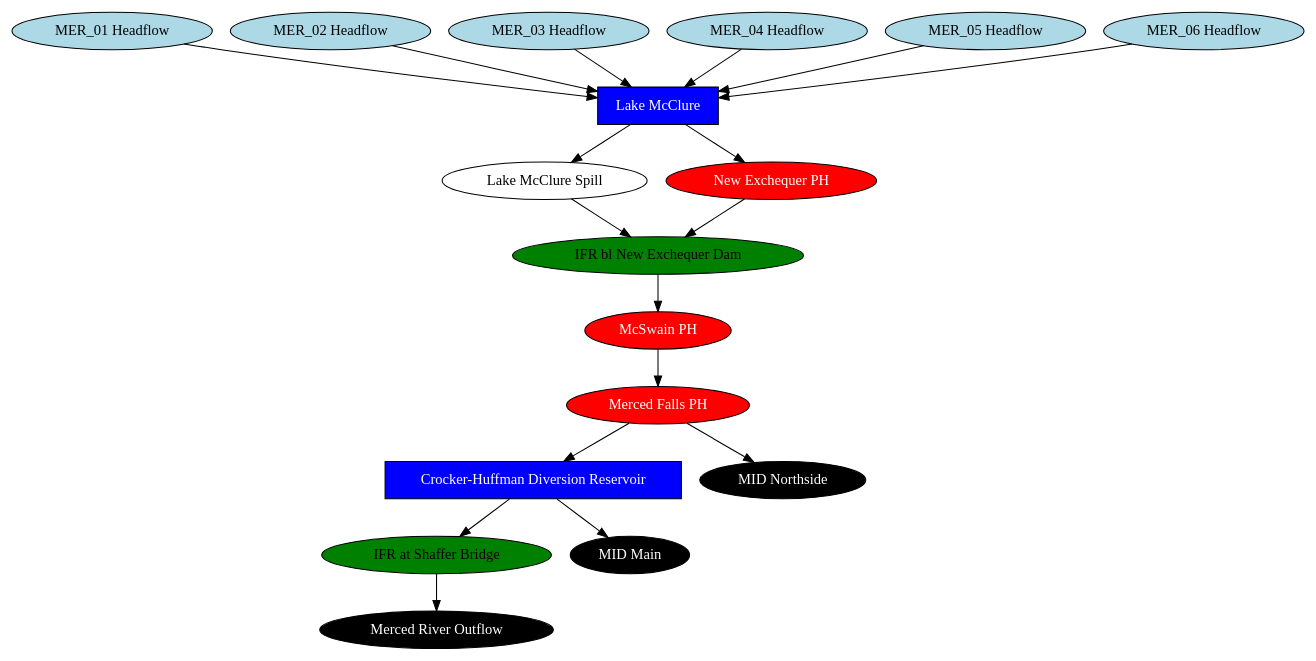
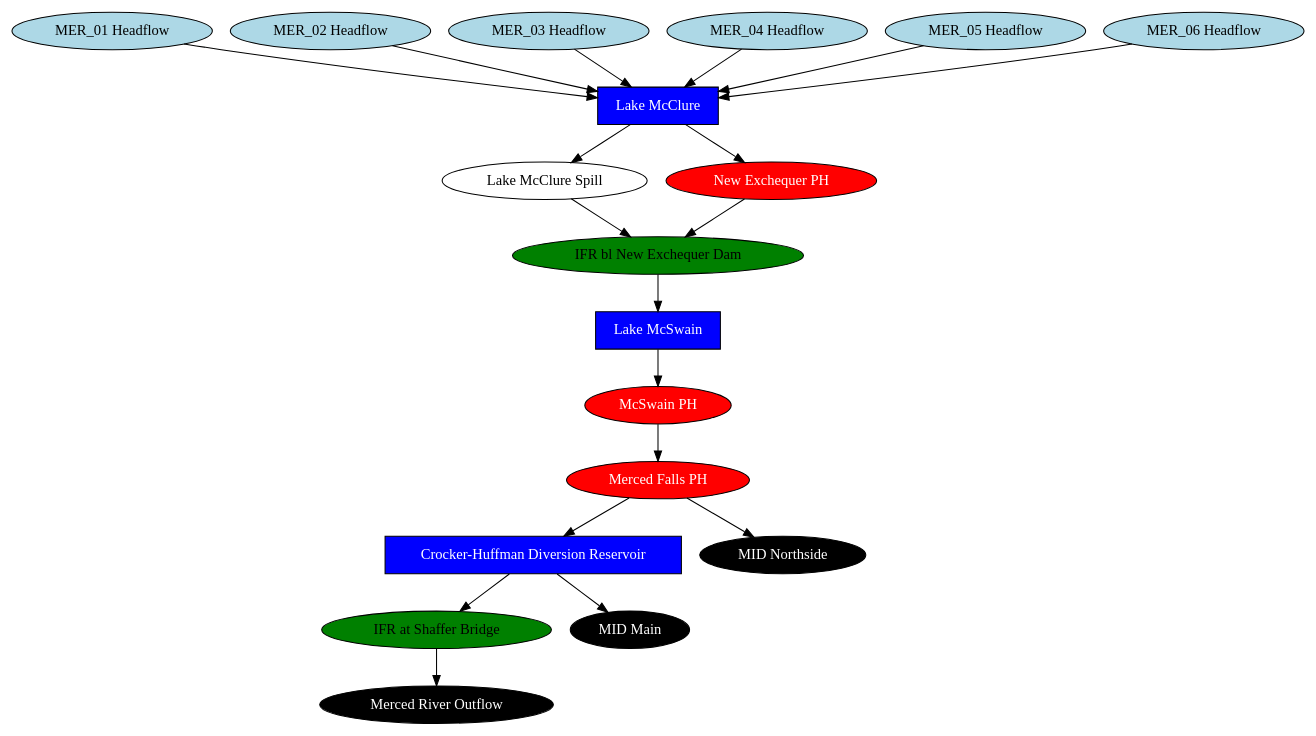
One commit to vicelab/cen-sierra-pywr changed the diagram in schematics/merced_schematic_simplified.gv. Above: the diagram before and after it, drawn with Graphviz. The commit also changed 7 other files, not shown here.

Commit message:
update schematics

```diff
--- a/schematics/merced_schematic_simplified.gv
+++ b/schematics/merced_schematic_simplified.gv
@@ -1,37 +1,39 @@
 // merced
 digraph merced {
 	"IFR bl New Exchequer Dam" [fillcolor=green fontcolor=black shape=oval style=filled]
 	"Crocker-Huffman Diversion Reservoir" [fillcolor=blue fontcolor=white shape=rect style=filled]
 	"Lake McClure" [fillcolor=blue fontcolor=white shape=rect style=filled]
 	"Lake McClure Spill" [fillcolor=white fontcolor=black shape=oval style=filled]
+	"Lake McSwain" [fillcolor=blue fontcolor=white shape=rect style=filled]
 	"McSwain PH" [fillcolor=red fontcolor=white shape=oval style=filled]
 	"Merced Falls PH" [fillcolor=red fontcolor=white shape=oval style=filled]
 	"IFR at Shaffer Bridge" [fillcolor=green fontcolor=black shape=oval style=filled]
 	"Merced River Outflow" [fillcolor=black fontcolor=white shape=oval style=filled]
 	"MER_01 Headflow" [fillcolor=lightblue fontcolor=black shape=oval style=filled]
 	"MER_02 Headflow" [fillcolor=lightblue fontcolor=black shape=oval style=filled]
 	"MER_03 Headflow" [fillcolor=lightblue fontcolor=black shape=oval style=filled]
 	"MER_04 Headflow" [fillcolor=lightblue fontcolor=black shape=oval style=filled]
 	"MER_05 Headflow" [fillcolor=lightblue fontcolor=black shape=oval style=filled]
 	"MER_06 Headflow" [fillcolor=lightblue fontcolor=black shape=oval style=filled]
 	"MID Main" [fillcolor=black fontcolor=white shape=oval style=filled]
 	"MID Northside" [fillcolor=black fontcolor=white shape=oval style=filled]
 	"New Exchequer PH" [fillcolor=red fontcolor=white shape=oval style=filled]
 	"Lake McClure" -> "Lake McClure Spill"
 	"Lake McClure" -> "New Exchequer PH"
+	"IFR bl New Exchequer Dam" -> "Lake McSwain"
 	"Crocker-Huffman Diversion Reservoir" -> "MID Main"
+	"Lake McSwain" -> "McSwain PH"
 	"Crocker-Huffman Diversion Reservoir" -> "IFR at Shaffer Bridge"
 	"Merced Falls PH" -> "MID Northside"
 	"Lake McClure Spill" -> "IFR bl New Exchequer Dam"
 	"New Exchequer PH" -> "IFR bl New Exchequer Dam"
 	"Merced Falls PH" -> "Crocker-Huffman Diversion Reservoir"
-	"IFR bl New Exchequer Dam" -> "McSwain PH"
 	"McSwain PH" -> "Merced Falls PH"
 	"MER_01 Headflow" -> "Lake McClure"
 	"MER_02 Headflow" -> "Lake McClure"
 	"MER_03 Headflow" -> "Lake McClure"
 	"IFR at Shaffer Bridge" -> "Merced River Outflow"
 	"MER_04 Headflow" -> "Lake McClure"
 	"MER_05 Headflow" -> "Lake McClure"
 	"MER_06 Headflow" -> "Lake McClure"
 }
```
